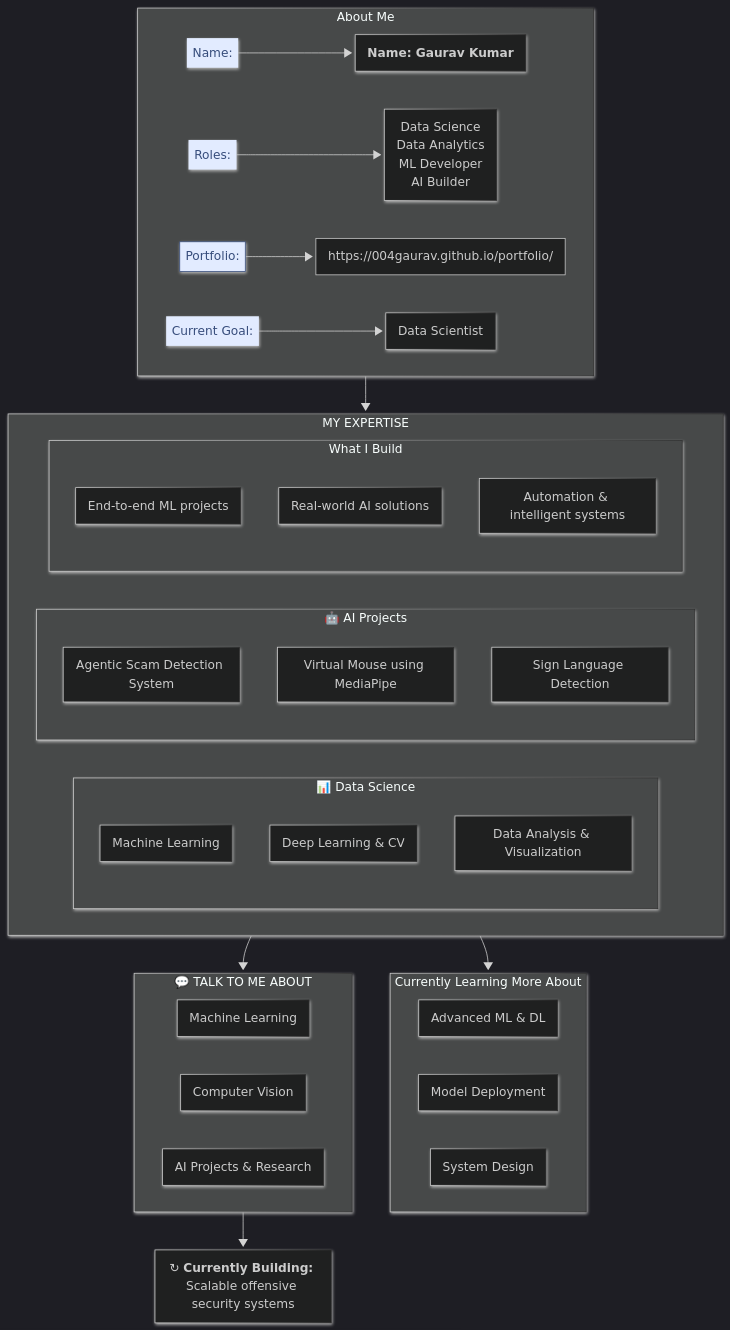
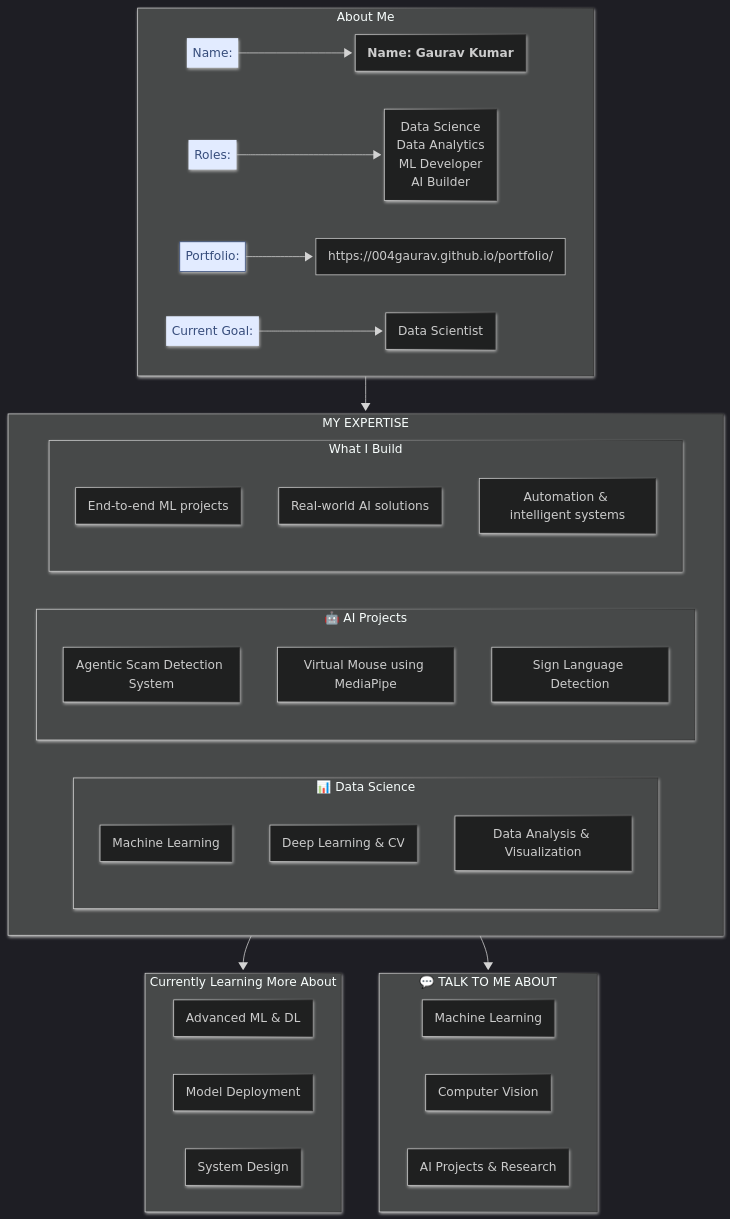
Before and after one commit to 004Gaurav/004Gaurav: the diagram in README.md, drawn with Mermaid.

Commit message:
improvement

````diff
--- a/README.md
+++ b/README.md
@@ -17,73 +17,72 @@
 ```mermaid
 ---
 config:
   theme: dark
   layout: fixed
   look: neo
 ---
 flowchart TB
  subgraph ID["About Me"]
         name["<b>Name: Gaurav Kumar</b>"]
         role["Data Science
         Data Analytics
         ML Developer
         AI Builder"]
         web["https://004gaurav.github.io/portfolio/"]
         job["Data Scientist"]
         n1["Roles:"]
         n2["Portfolio:"]
         n3["Name:"]
         n4["Current Goal:"]
   end
  subgraph DS["📊 Data Science"]
         s1["Machine Learning"]
         s2["Deep Learning & CV"]
         s3["Data Analysis & Visualization"]
   end
  subgraph AI["🤖 AI Projects"]
         a1["Agentic Scam Detection System"]
         a2["Virtual Mouse using MediaPipe"]
         a3["Sign Language Detection"]
   end
  subgraph BUILD["What I Build"]
         b1["End-to-end ML projects"]
         b2["Real-world AI solutions"]
         b3["Automation & intelligent systems"]
   end
  subgraph EXPERTISE["MY EXPERTISE"]
         DS
         AI
         BUILD
   end
  subgraph LEARNING["Currently Learning More About"]
         l1["Advanced ML & DL"]
         l2["Model Deployment"]
         l3["System Design"]
   end
  subgraph TALK["💬 TALK TO ME ABOUT"]
         t1["Machine Learning"]
         t2["Computer Vision"]
         t3["AI Projects & Research"]
   end
     EXPERTISE --> LEARNING & TALK
-    TALK --> updating["↻ <b>Currently Building:</b> Scalable offensive security systems"]
     n1 --> role
     n2 --> web
     n3 --> name
     n4 --> job
     ID --> EXPERTISE
 
     n1@{ shape: text}
     n2@{ shape: text}
     n3@{ shape: text}
     n4@{ shape: text}
      n1:::Sky
      n2:::Sky
      n3:::Sky
      n4:::Sky
     classDef Sky stroke-width:1px, stroke-dasharray:none, stroke:#374D7C, fill:#E2EBFF, color:#374D7C
     style n1 color:none,stroke:none
     style n3 color:none,stroke:none
     style n4 color:none,stroke:none
     click web "https://zebbern.com/"
 ```
````
